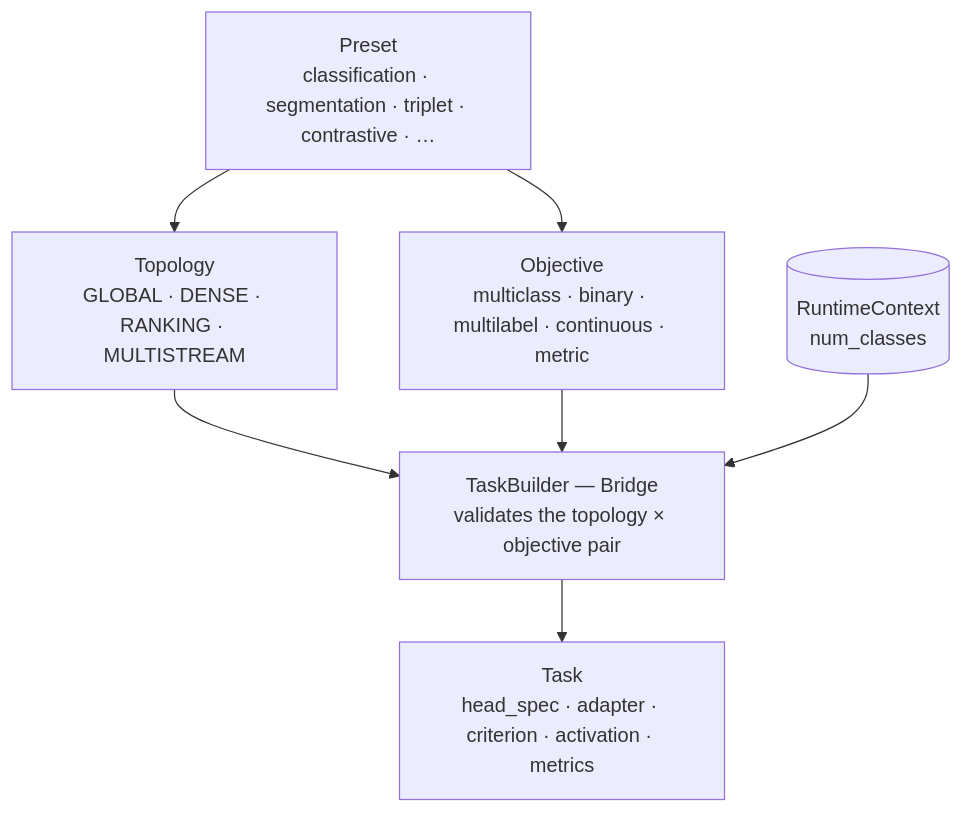
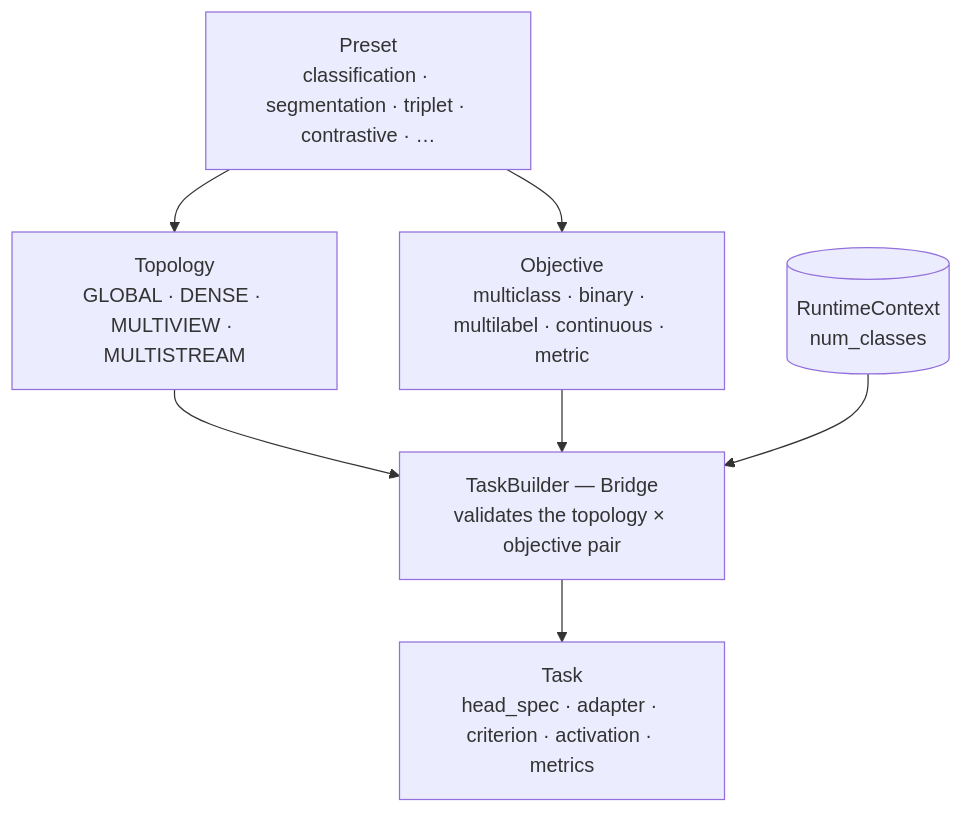
Before and after one commit to gjegoj/framework: the third of 5 diagrams in README.md, drawn with Mermaid. The commit also changed other lines of this file and 33 other files, not shown here.

````diff
--- a/README.md
+++ b/README.md
@@ -1167,9 +1168,9 @@
 ```mermaid
 flowchart TB
-    preset["Preset<br/>classification · segmentation · triplet · contrastive · …"] --> topo["Topology<br/>GLOBAL · DENSE · RANKING · MULTISTREAM"]
+    preset["Preset<br/>classification · segmentation · triplet · contrastive · …"] --> topo["Topology<br/>GLOBAL · DENSE · MULTIVIEW · MULTISTREAM"]
     preset --> obj["Objective<br/>multiclass · binary · multilabel · continuous · metric"]
     topo --> tb["TaskBuilder — Bridge<br/>validates the topology × objective pair"]
     obj --> tb
     rt[("RuntimeContext<br/>num_classes")] --> tb
     tb --> task["Task<br/>head_spec · adapter · criterion · activation · metrics"]
 ```
````
